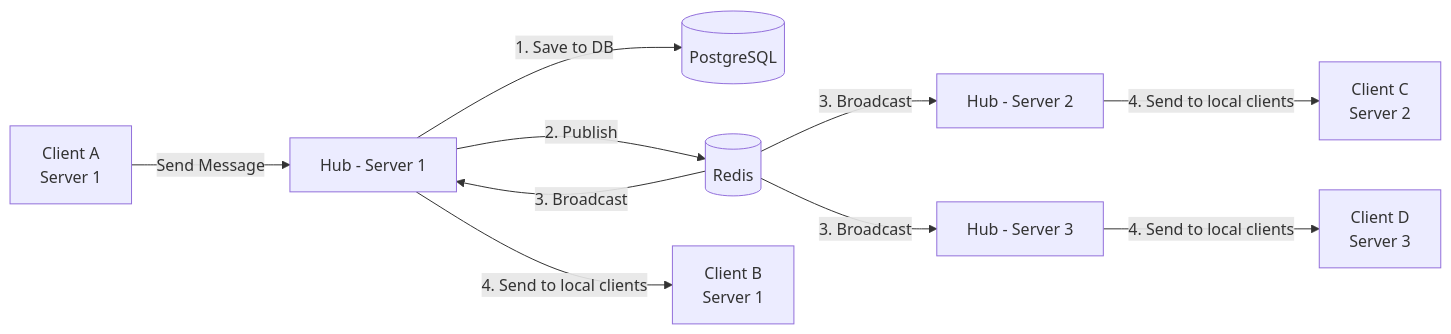
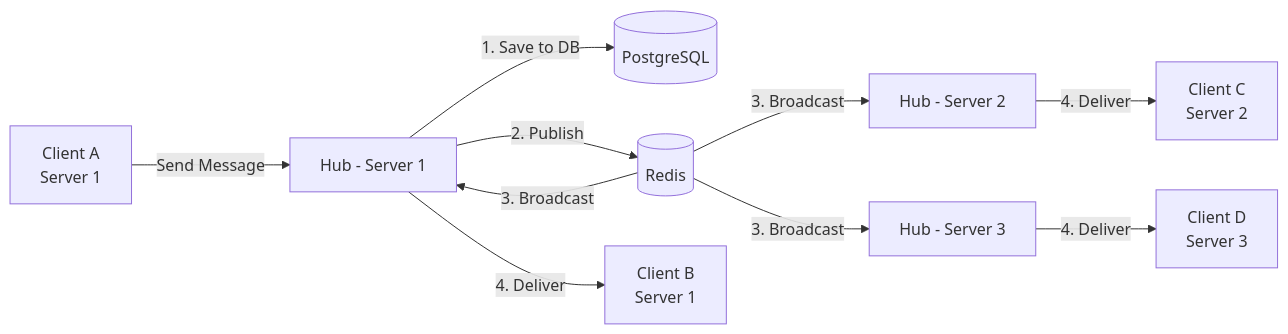
Before and after one commit to mildlybrutal/websocket-room-go: the diagram in README.md, drawn with Mermaid. The commit also changed other lines of this file, not shown here.

````diff
--- a/README.md
+++ b/README.md
@@ -105,14 +9,14 @@
 ```mermaid
 graph LR
     A[Client A<br/>Server 1] -->|Send Message| Hub1[Hub - Server 1]
     Hub1 -->|1. Save to DB| DB[(PostgreSQL)]
     Hub1 -->|2. Publish| Redis[(Redis)]
     
     Redis -->|3. Broadcast| Hub1
     Redis -->|3. Broadcast| Hub2[Hub - Server 2]
     Redis -->|3. Broadcast| Hub3[Hub - Server 3]
     
-    Hub1 -->|4. Send to local clients| B[Client B<br/>Server 1]
-    Hub2 -->|4. Send to local clients| C[Client C<br/>Server 2]
-    Hub3 -->|4. Send to local clients| D[Client D<br/>Server 3]
+    Hub1 -->|4. Deliver| B[Client B<br/>Server 1]
+    Hub2 -->|4. Deliver| C[Client C<br/>Server 2]
+    Hub3 -->|4. Deliver| D[Client D<br/>Server 3]
 ```
````
